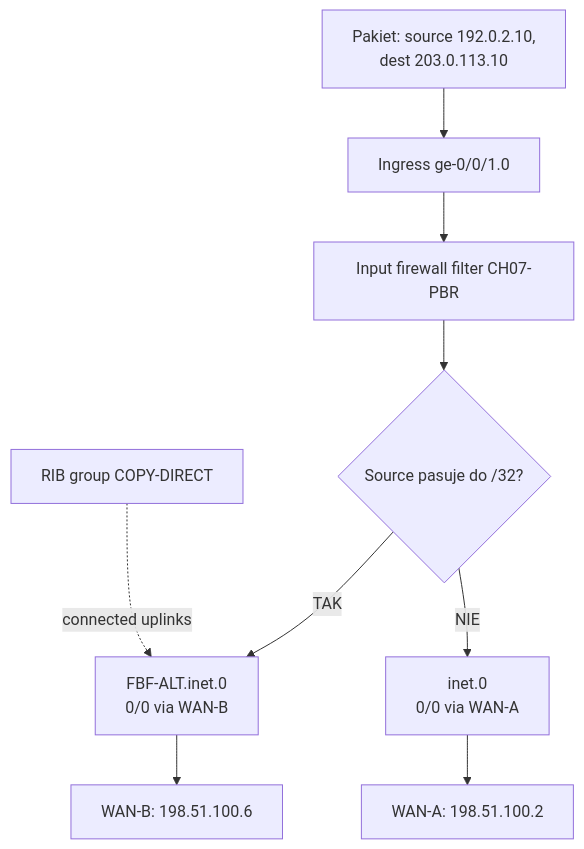
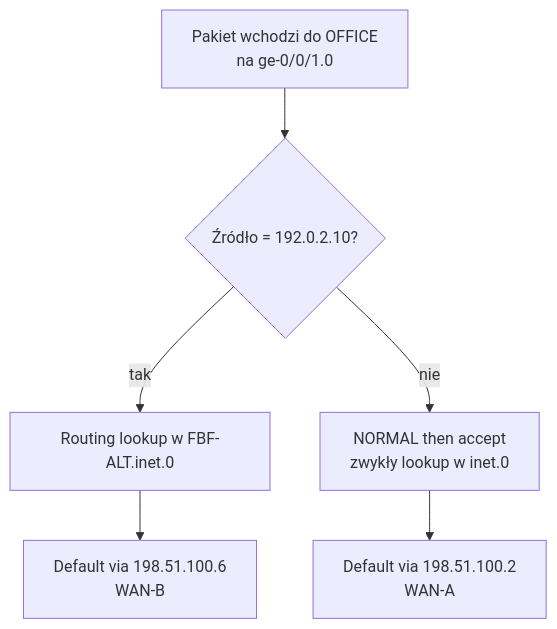
The seventh of 8 diagrams in docs/chapters/JUNOS_Rozdzial_07_Protocol_Independent_Routing.md (nelto79/jncip), drawn with Mermaid before and after one commit. The commit also changed other lines of this file, not shown here.

```diff
--- a/docs/chapters/JUNOS_Rozdzial_07_Protocol_Independent_Routing.md
+++ b/docs/chapters/JUNOS_Rozdzial_07_Protocol_Independent_Routing.md
@@ -784,11 +589,8 @@
 ~~~mermaid
 flowchart TD
-  PKT["Pakiet: source 192.0.2.10,\ndest 203.0.113.10"] --> IN["Ingress ge-0/0/1.0"]
-  IN --> FILT["Input firewall filter CH07-PBR"]
-  FILT --> MATCH{"Source pasuje do /32?"}
-  MATCH -->|TAK| FBF["FBF-ALT.inet.0\n0/0 via WAN-B"]
-  MATCH -->|NIE| MAIN["inet.0\n0/0 via WAN-A"]
-  RIB["RIB group COPY-DIRECT"] -. "connected uplinks" .-> FBF
-  FBF --> B["WAN-B: 198.51.100.6"]
-  MAIN --> A["WAN-A: 198.51.100.2"]
+  IN["Pakiet wchodzi do OFFICE<br/>na ge-0/0/1.0"] --> F{"Źródło = 192.0.2.10?"}
+  F -->|tak| ALT["Routing lookup w FBF-ALT.inet.0"]
+  F -->|nie| MAIN["NORMAL then accept<br/>zwykły lookup w inet.0"]
+  ALT --> B["Default via 198.51.100.6<br/>WAN-B"]
+  MAIN --> A["Default via 198.51.100.2<br/>WAN-A"]
 ~~~
```
